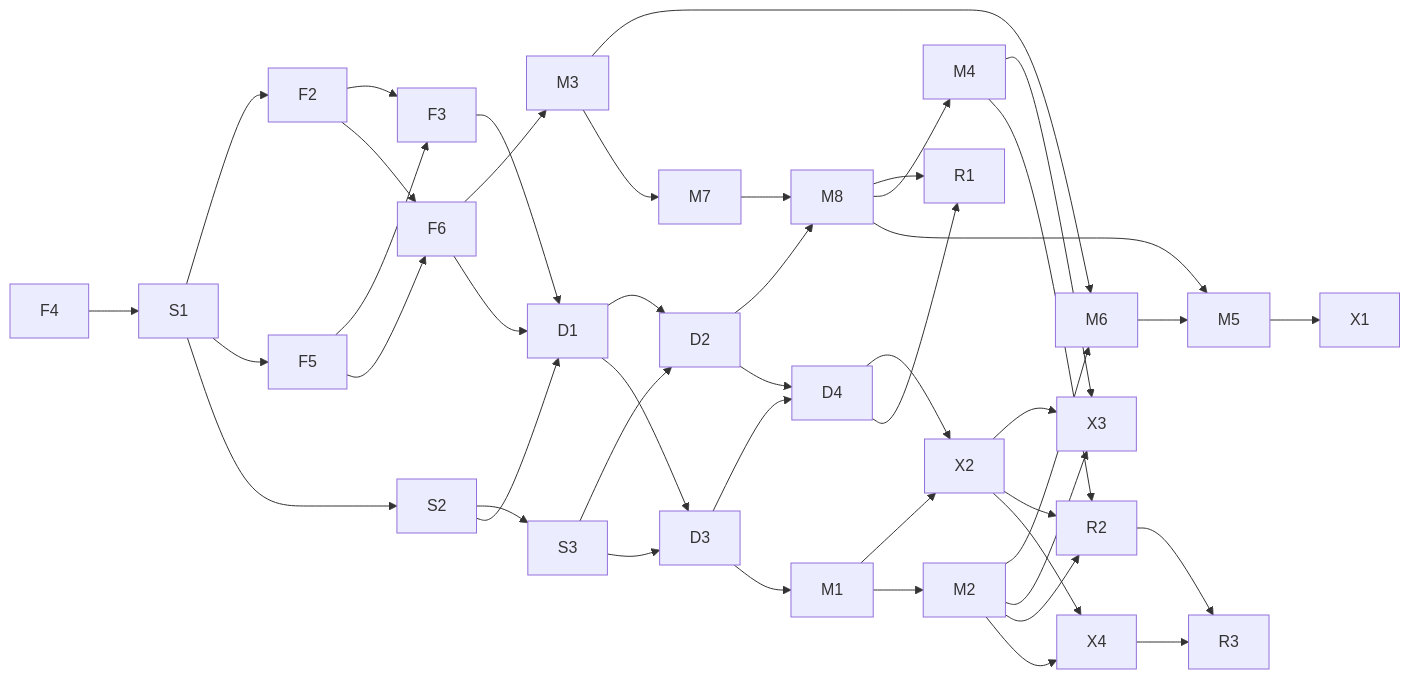
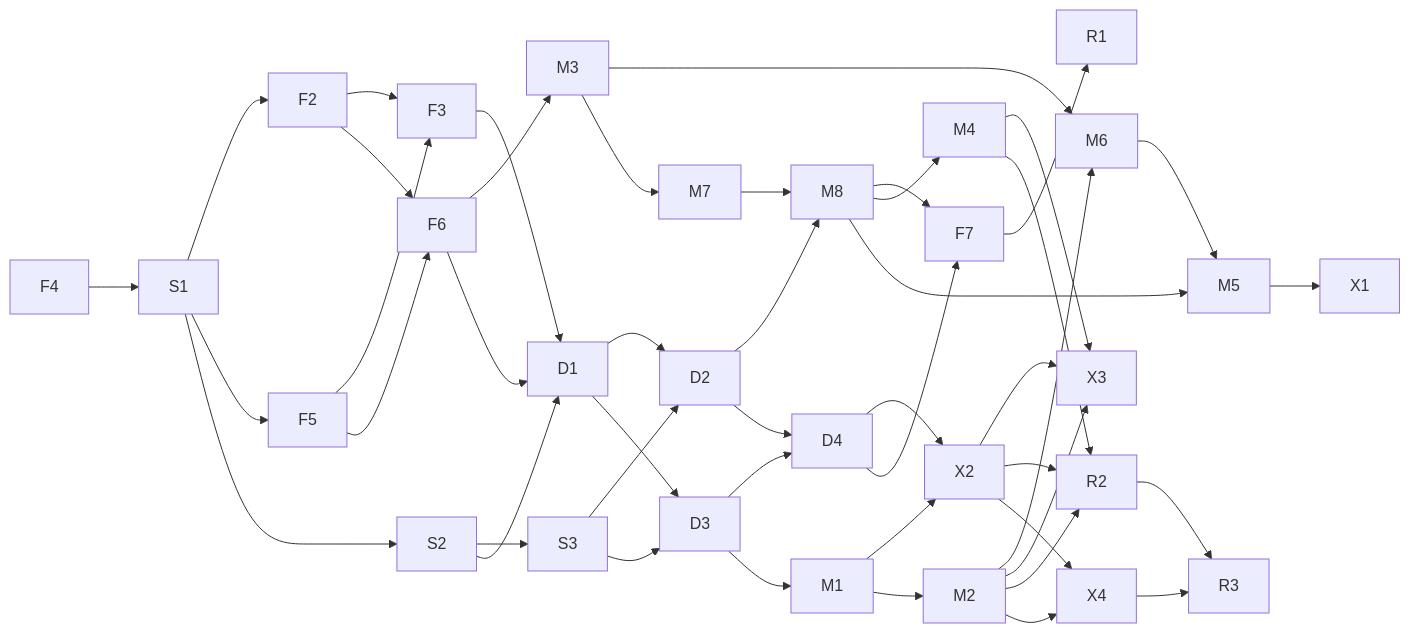
Before and after one commit to ppat/mediated-mailbox-mcp: the second of 2 diagrams in ROADMAP.md, drawn with Mermaid. The commit also changed other lines of this file and 37 other files, not shown here.

````diff
--- a/ROADMAP.md
+++ b/ROADMAP.md
@@ -1488,47 +1548,48 @@
 ```mermaid
 flowchart LR
     F4 --> S1
     S1 --> F2
     S1 --> F5
     S1 --> S2
     S2 --> S3
     F2 --> F3
     F5 --> F3
     F2 --> F6
     F5 --> F6
     F6 --> M3
     M3 --> M6
     M2 --> M6
     M6 --> M5
     M3 --> M7
     M7 --> M8
     D2 --> M8
-    M8 --> R1
+    M8 --> F7
+    F7 --> R1
     S2 --> D1
     F3 --> D1
     F6 --> D1
     D1 --> D2
     S3 --> D2
     M8 --> M4
     M8 --> M5
     S3 --> D3
     D1 --> D3
     D2 --> D4
     D3 --> D4
     D3 --> M1
     M1 --> X2
     D4 --> X2
     M1 --> M2
     M2 --> X3
     M4 --> X3
     X2 --> X3
-    D4 --> R1
+    D4 --> F7
     M2 --> R2
     X2 --> R2
     M4 --> R2
     R2 --> R3
     X2 --> X4
     M2 --> X4
     X4 --> R3
     M5 --> X1
 ```
````
